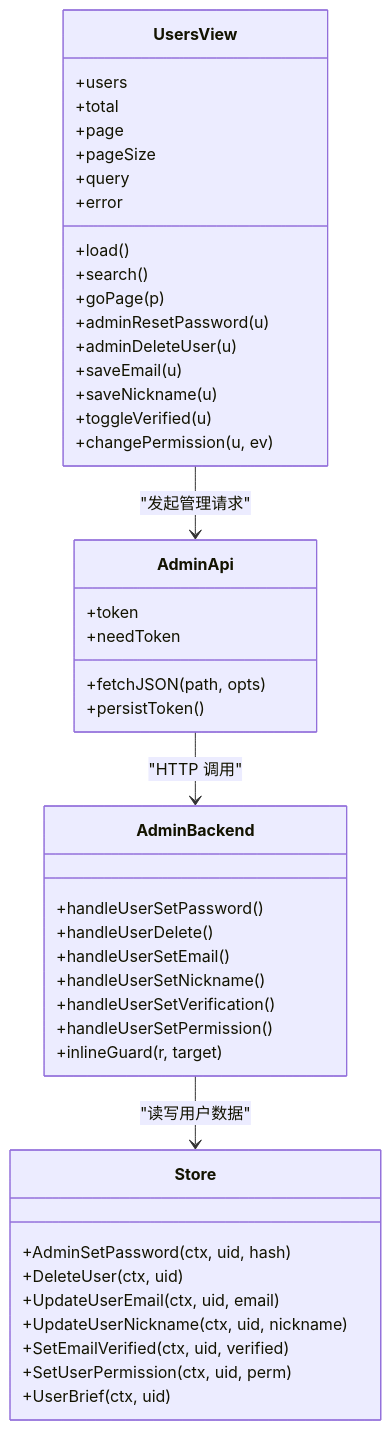
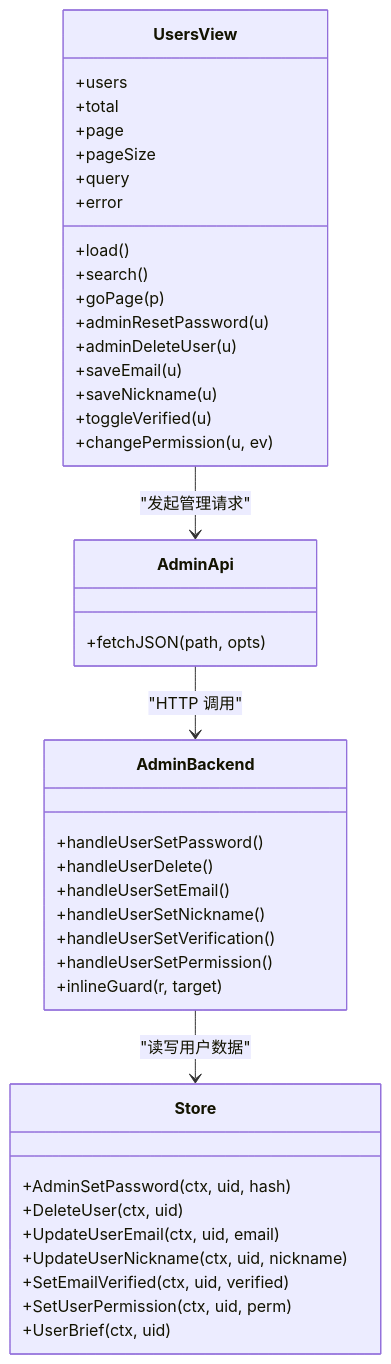
The sixth of 6 diagrams in docs/handbook/用户管理.md (YimingZhanshen/skin-nexus), drawn with Mermaid before and after one commit. The commit also changed other lines of this file and 24 other files, not shown here.

````diff
--- a/docs/handbook/用户管理.md
+++ b/docs/handbook/用户管理.md
@@ -366,51 +366,48 @@
 ```mermaid
 classDiagram
     class UsersView {
         +users
         +total
         +page
         +pageSize
         +query
         +error
         +load()
         +search()
         +goPage(p)
         +adminResetPassword(u)
         +adminDeleteUser(u)
         +saveEmail(u)
         +saveNickname(u)
         +toggleVerified(u)
         +changePermission(u, ev)
     }
 
     class AdminApi {
-        +token
-        +needToken
         +fetchJSON(path, opts)
-        +persistToken()
     }
 
     class AdminBackend {
         +handleUserSetPassword()
         +handleUserDelete()
         +handleUserSetEmail()
         +handleUserSetNickname()
         +handleUserSetVerification()
         +handleUserSetPermission()
         +inlineGuard(r, target)
     }
 
     class Store {
         +AdminSetPassword(ctx, uid, hash)
         +DeleteUser(ctx, uid)
         +UpdateUserEmail(ctx, uid, email)
         +UpdateUserNickname(ctx, uid, nickname)
         +SetEmailVerified(ctx, uid, verified)
         +SetUserPermission(ctx, uid, perm)
         +UserBrief(ctx, uid)
     }
 
     UsersView --> AdminApi : "发起管理请求"
     AdminApi --> AdminBackend : "HTTP 调用"
     AdminBackend --> Store : "读写用户数据"
 ```
````
